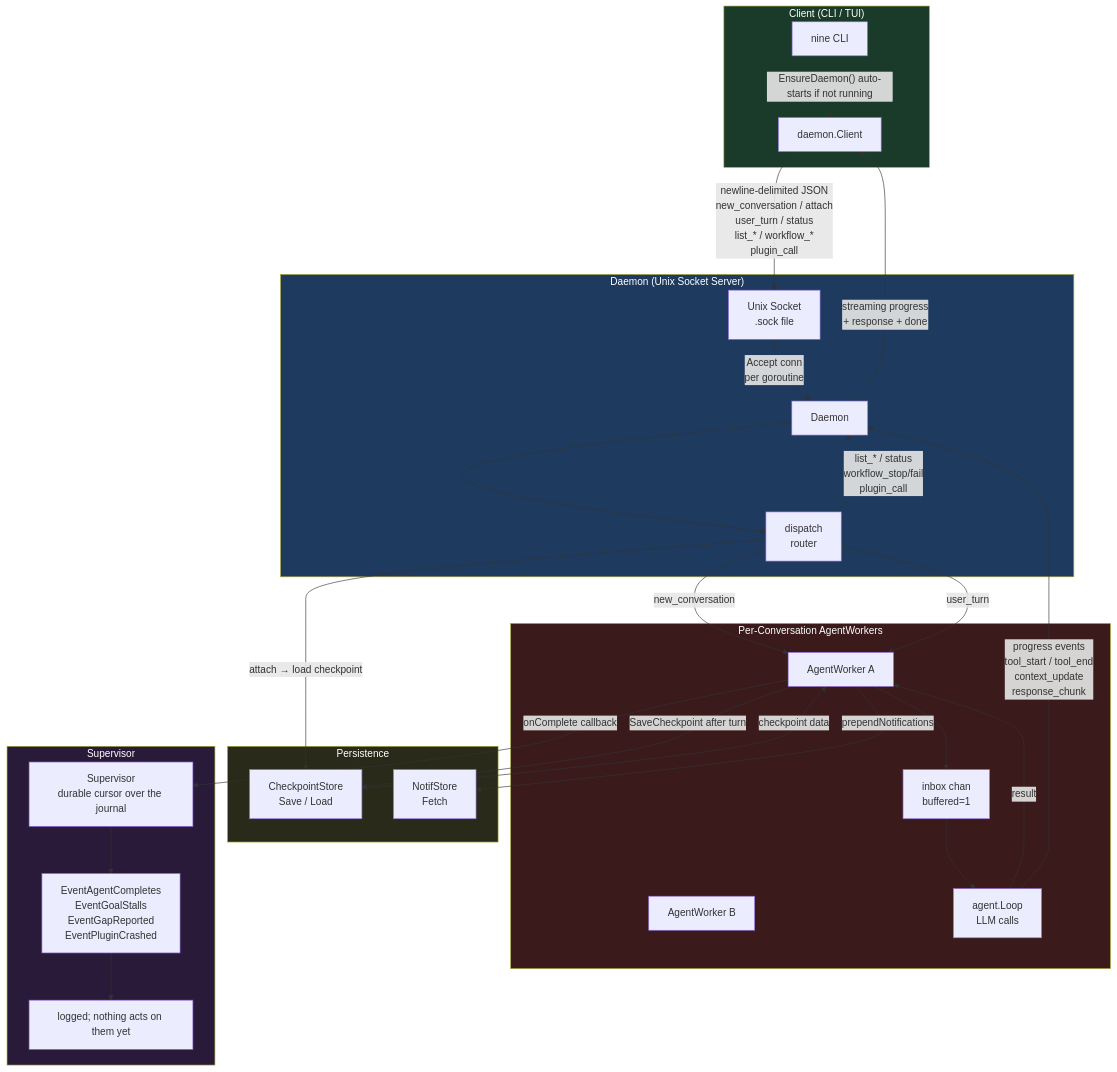
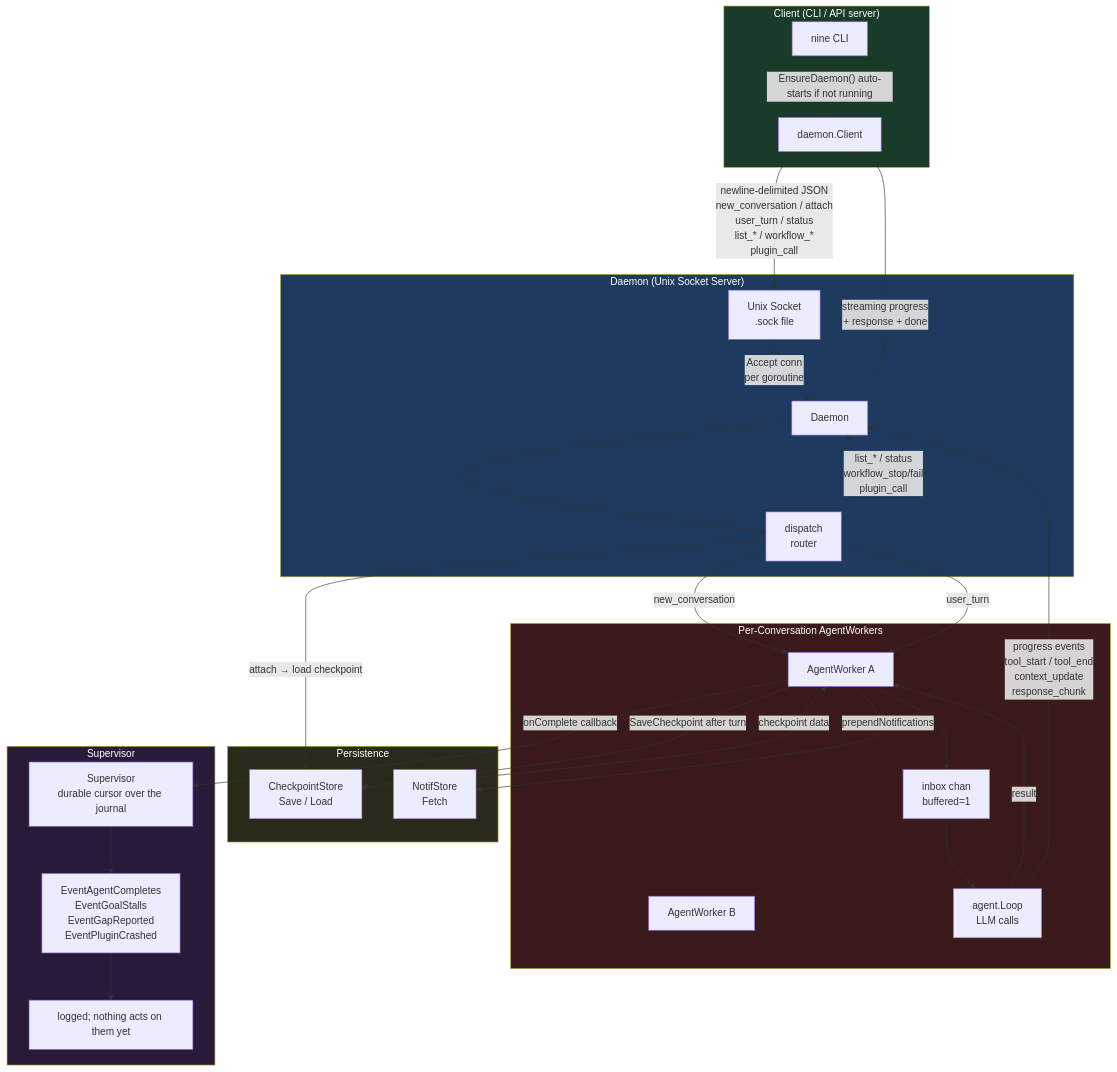
The diagram in docs/daemon.md (djordlucas/nine), drawn with Mermaid before and after one commit. The commit also changed other lines of this file and 146 other files, not shown here.

````diff
--- a/docs/daemon.md
+++ b/docs/daemon.md
@@ -7,64 +7,64 @@
 ```mermaid
 flowchart TD
-    subgraph Client["Client (CLI / TUI)"]
+    subgraph Client["Client (CLI / API server)"]
         CLI[nine CLI]
         C[daemon.Client]
         CLI -->|"EnsureDaemon() auto-starts if not running"| C
     end
 
     subgraph Daemon["Daemon (Unix Socket Server)"]
         SOCK[Unix Socket\n.sock file]
         D[Daemon]
         DISPATCH[dispatch\nrouter]
 
         SOCK -->|"Accept conn\nper goroutine"| D
         D --> DISPATCH
     end
 
     subgraph Runners["Per-Conversation AgentWorkers"]
         R1[AgentWorker A]
         R2[AgentWorker B]
         INBOX[inbox chan\nbuffered=1]
         LOOP[agent.Loop\nLLM calls]
 
         R1 --> INBOX
         INBOX --> LOOP
     end
 
     subgraph Storage["Persistence"]
         CKPT[CheckpointStore\nSave / Load]
         NOTIF[NotifStore\nFetch]
     end
 
     subgraph Supervisor["Supervisor"]
         SUP[Supervisor\ndurable cursor over the journal]
         EVENTS["EventAgentCompletes\nEventGoalStalls\nEventGapReported\nEventPluginCrashed"]
         LOG[logged; nothing acts on them yet]
 
         SUP --> EVENTS
         EVENTS --> LOG
     end
 
     C -->|"newline-delimited JSON\nnew_conversation / attach\nuser_turn / status\nlist_* / workflow_*\nplugin_call"| SOCK
 
     DISPATCH -->|"new_conversation"| R1
     DISPATCH -->|"attach → load checkpoint"| CKPT
     CKPT -->|"checkpoint data"| R1
     DISPATCH -->|"user_turn"| R1
 
     R1 -->|"prependNotifications"| NOTIF
     LOOP -->|"result"| R1
     R1 -->|"SaveCheckpoint after turn"| CKPT
     R1 -->|"onComplete callback"| SUP
 
     LOOP -->|"progress events\ntool_start / tool_end\ncontext_update\nresponse_chunk"| D
     D -->|"streaming progress\n+ response + done"| C
 
     DISPATCH -->|"list_* / status\nworkflow_stop/fail\nplugin_call"| D
 
     style Daemon fill:#1e3a5f,color:#fff
     style Client fill:#1a3a2a,color:#fff
     style Runners fill:#3a1a1a,color:#fff
     style Storage fill:#2a2a1a,color:#fff
     style Supervisor fill:#2a1a3a,color:#fff
 ```
````
